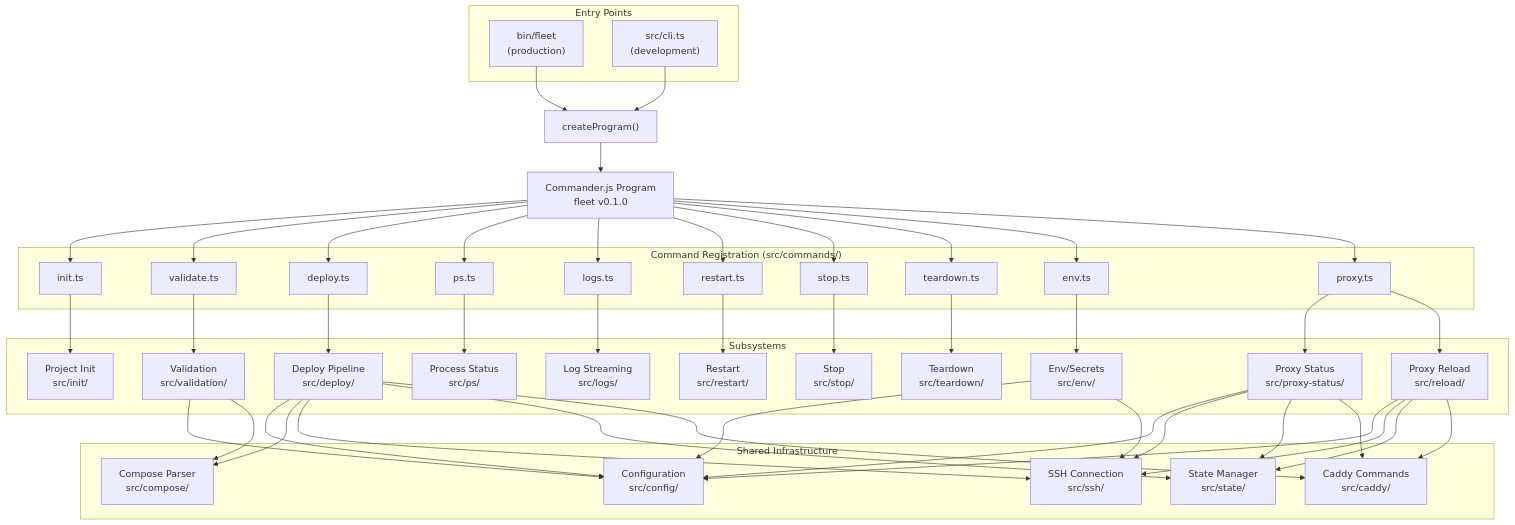
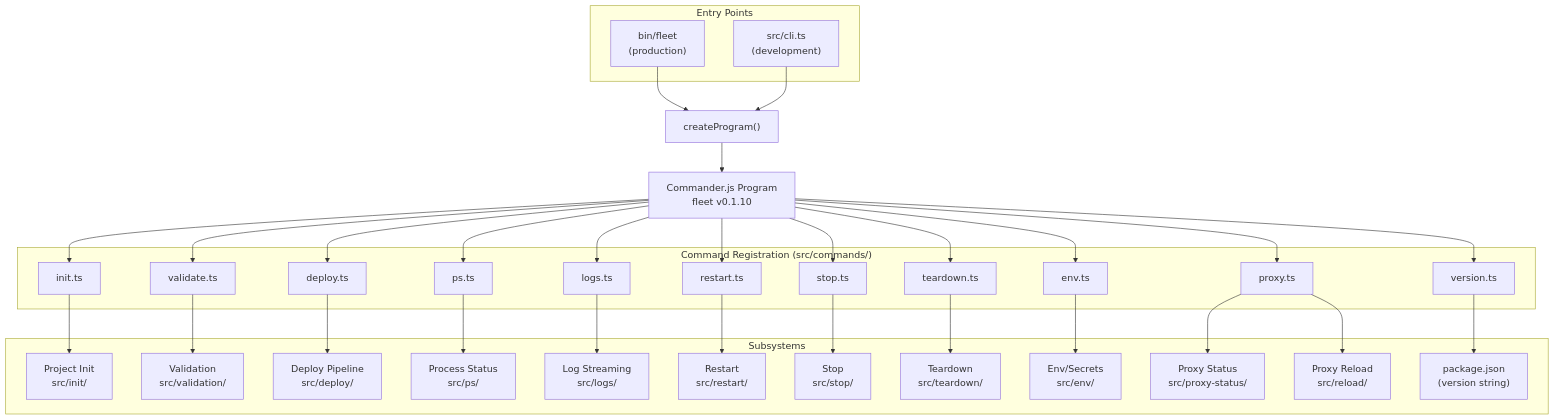
One commit to PatrickRuddiman/Fleet changed the first of 2 diagrams in docs/cli-entry-point/architecture.md. Above: the diagram before and after it, drawn with Mermaid. The commit also changed other lines of this file and 95 other files, not shown here.

````diff
--- a/docs/cli-entry-point/architecture.md
+++ b/docs/cli-entry-point/architecture.md
@@ -19,7 +19,7 @@
     BIN --> CREATE["createProgram()"]
     DEV --> CREATE
 
-    CREATE --> PROGRAM["Commander.js Program<br/>fleet v0.1.0"]
+    CREATE --> PROGRAM["Commander.js Program<br/>fleet v0.1.10"]
 
     subgraph "Command Registration (src/commands/)"
         INIT["init.ts"]
@@ -32,6 +32,7 @@
         TEARDOWN["teardown.ts"]
         ENV["env.ts"]
         PROXY["proxy.ts"]
+        VERSION["version.ts"]
     end
 
     PROGRAM --> INIT
@@ -44,6 +45,7 @@
     PROGRAM --> TEARDOWN
     PROGRAM --> ENV
     PROGRAM --> PROXY
+    PROGRAM --> VERSION
 
     subgraph "Subsystems"
         INIT_MOD["Project Init<br/>src/init/"]
@@ -57,6 +59,7 @@
         ENV_MOD["Env/Secrets<br/>src/env/"]
         PROXY_STATUS["Proxy Status<br/>src/proxy-status/"]
         RELOAD_MOD["Proxy Reload<br/>src/reload/"]
+        PKG_JSON["package.json<br/>(version string)"]
     end
 
     INIT --> INIT_MOD
@@ -70,30 +73,5 @@
     ENV --> ENV_MOD
     PROXY --> PROXY_STATUS
     PROXY --> RELOAD_MOD
-
-    subgraph "Shared Infrastructure"
-        CONFIG["Configuration<br/>src/config/"]
-        COMPOSE["Compose Parser<br/>src/compose/"]
-        SSH["SSH Connection<br/>src/ssh/"]
-        STATE["State Manager<br/>src/state/"]
-        CADDY["Caddy Commands<br/>src/caddy/"]
-    end
-
-    DEPLOY_MOD --> CONFIG
-    DEPLOY_MOD --> COMPOSE
-    DEPLOY_MOD --> SSH
-    DEPLOY_MOD --> STATE
-    DEPLOY_MOD --> CADDY
-    VALID_MOD --> CONFIG
-    VALID_MOD --> COMPOSE
-    ENV_MOD --> CONFIG
-    ENV_MOD --> SSH
-    PROXY_STATUS --> CONFIG
-    PROXY_STATUS --> SSH
-    PROXY_STATUS --> STATE
-    PROXY_STATUS --> CADDY
-    RELOAD_MOD --> CONFIG
-    RELOAD_MOD --> SSH
-    RELOAD_MOD --> STATE
-    RELOAD_MOD --> CADDY
+    VERSION --> PKG_JSON
 ```
````
